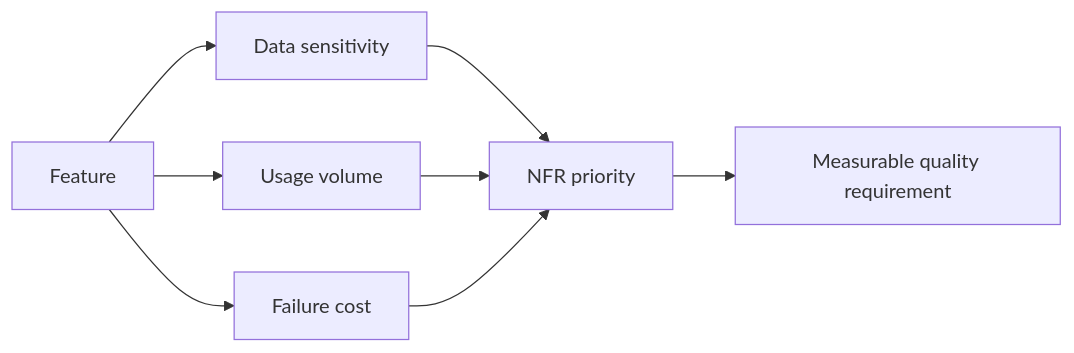
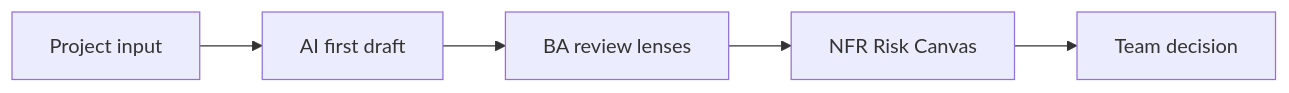
One commit to anhtnt90dev/ai-for-ba changed the first of 2 diagrams in docs/en/lessons/non-functional-requirements-and-risk/index.md. Above: the diagram before and after it, drawn with Mermaid. The commit also changed other lines of this file and 40 other files, not shown here.

````diff
--- a/docs/en/lessons/non-functional-requirements-and-risk/index.md
+++ b/docs/en/lessons/non-functional-requirements-and-risk/index.md
@@ -68,10 +84,12 @@
 ```mermaid
 flowchart LR
-    A["Feature"] --> B["Data sensitivity"]
-    A --> C["Usage volume"]
-    A --> D["Failure cost"]
-    B --> E["NFR priority"]
-    C --> E
+    A["Project input"]
+    B["AI first draft"]
+    A --> B
+    C["BA review lenses"]
+    B --> C
+    D["NFR Risk Canvas"]
+    C --> D
+    E["Team decision"]
     D --> E
-    E --> F["Measurable quality requirement"]
 ```
````
